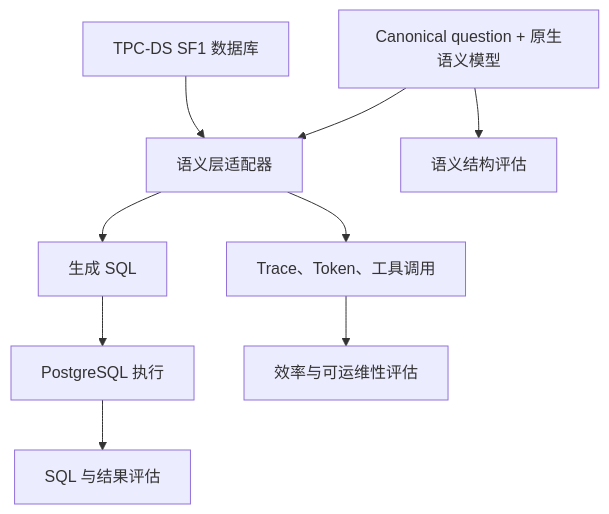
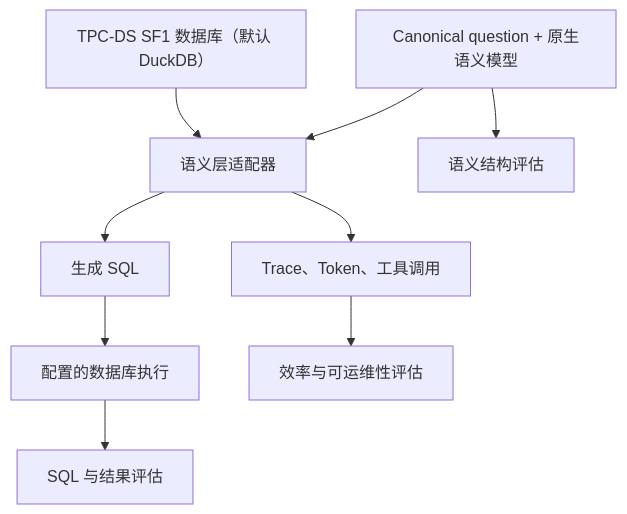
One commit to Jmmt-mingrui/semantic-layer-benchmark changed the diagram in README.zh-CN.md. Above: the diagram before and after it, drawn with Mermaid. The commit also changed other lines of this file, not shown here.

Commit message:
docs: adopt DuckDB-default pluggable database contract

````diff
--- a/README.zh-CN.md
+++ b/README.zh-CN.md
@@ -47,11 +47,11 @@
 ```mermaid
 flowchart TD
-    A["TPC-DS SF1 数据库"] --> C["语义层适配器"]
+    A["TPC-DS SF1 数据库（默认 DuckDB）"] --> C["语义层适配器"]
     B["Canonical question + 原生语义模型"] --> C
     C --> D["生成 SQL"]
-    D --> E["PostgreSQL 执行"]
+    D --> E["配置的数据库执行"]
     E --> F["SQL 与结果评估"]
     C --> G["Trace、Token、工具调用"]
     G --> H["效率与可运维性评估"]
     B --> I["语义结构评估"]
 ```
````
